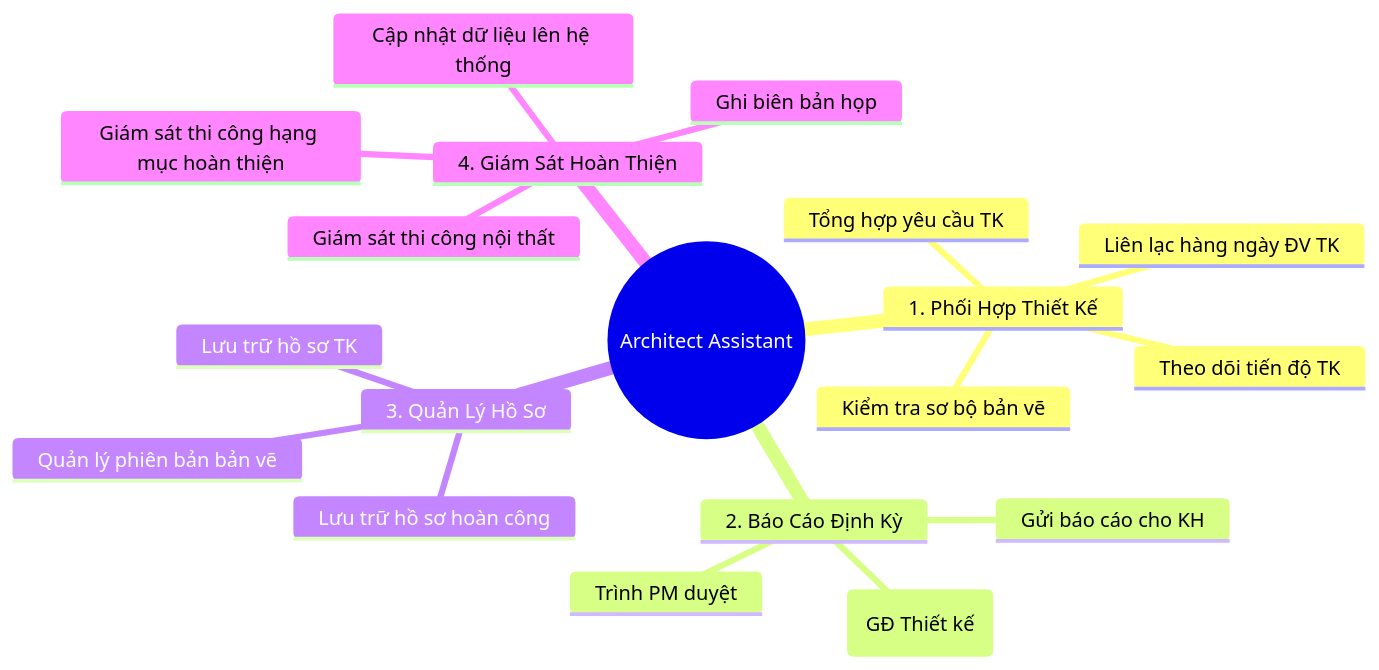
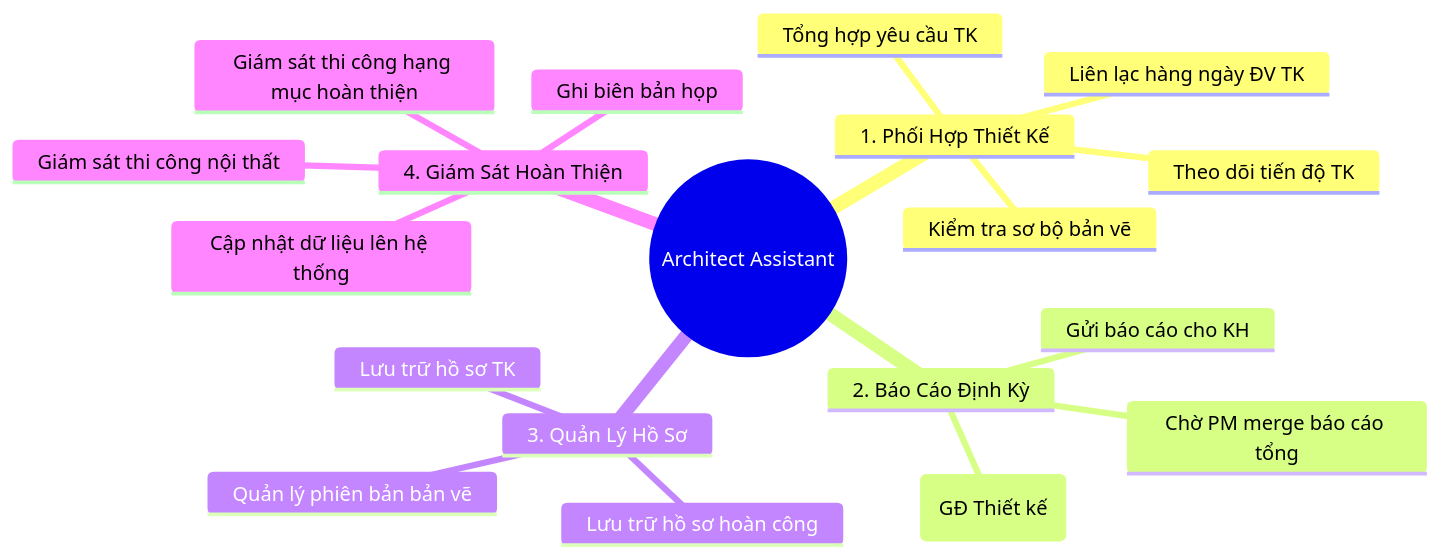
Before and after one commit to namdh9939/SOP-QLDA-TLXN: the first of 2 diagrams in 06-AA/vai-tro-trach-nhiem.md, drawn with Mermaid. The commit also changed other lines of this file and 15 other files, not shown here.

````diff
--- a/06-AA/vai-tro-trach-nhiem.md
+++ b/06-AA/vai-tro-trach-nhiem.md
@@ -20,22 +20,22 @@
 ```mermaid
 mindmap
   root((Architect Assistant))
     1. Phối Hợp Thiết Kế
       Liên lạc hàng ngày ĐV TK
       Tổng hợp yêu cầu TK
       Kiểm tra sơ bộ bản vẽ
       Theo dõi tiến độ TK
     2. Báo Cáo Định Kỳ
-      Soạn báo cáo tuần (GĐ Thiết kế)
-      Trình PM duyệt
+      Soạn tiến độ báo cáo tuần (GĐ Thiết kế)
+      Chờ PM merge báo cáo tổng
       Gửi báo cáo cho KH
     3. Quản Lý Hồ Sơ
       Lưu trữ hồ sơ TK
       Quản lý phiên bản bản vẽ
       Lưu trữ hồ sơ hoàn công
     4. Giám Sát Hoàn Thiện
       Ghi biên bản họp
       Cập nhật dữ liệu lên hệ thống
       Giám sát thi công nội thất
       Giám sát thi công hạng mục hoàn thiện
 ```
````
